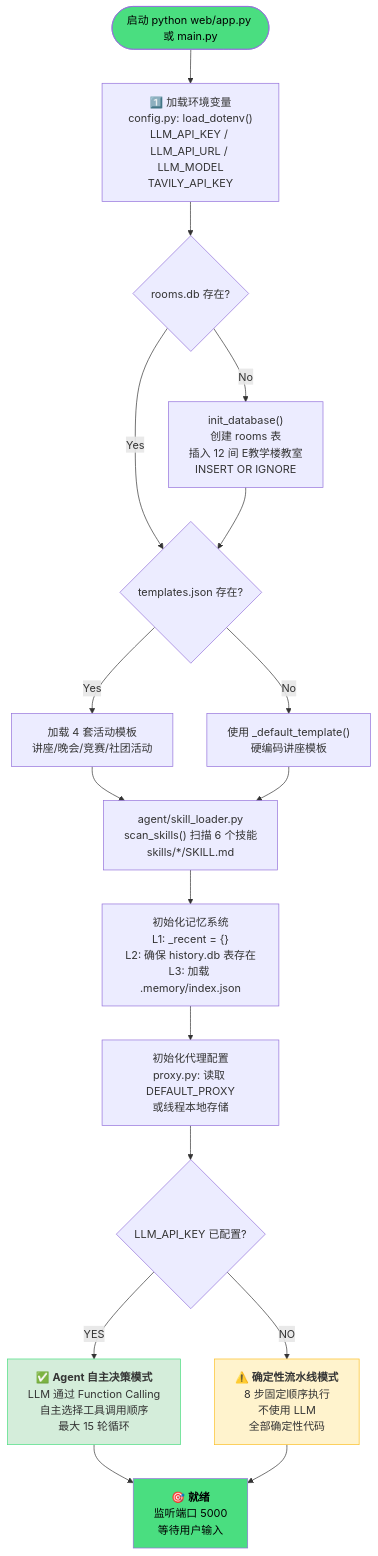
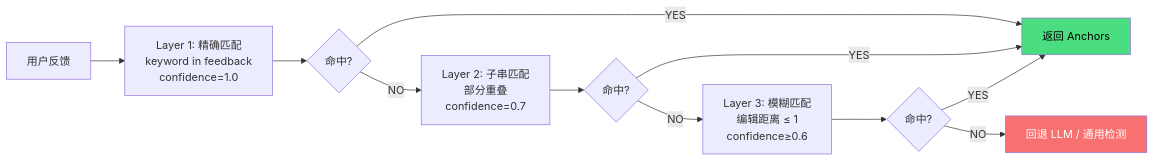
The third of 4 diagrams in Campus-Compass-完整工作流文档.md (shuda-li/Campus-Compass), drawn with Mermaid before and after one commit. The commit also changed other lines of this file, not shown here.

Commit message:
docs: 重构完整工作流文档, 反映当前项目状态 (Plan-Aware锚定/意图检测/Word导出/StarRail UI)

````diff
--- a/Campus-Compass-完整工作流文档.md
+++ b/Campus-Compass-完整工作流文档.md
@@ -1341,34 +366,16 @@
 ```mermaid
-flowchart TD
-    START([启动 python web/app.py 或 main.py])
+flowchart LR
+    FB[用户反馈] --> L1["Layer 1: 精确匹配<br/>keyword in feedback<br/>confidence=1.0"]
+    L1 --> L1_CHECK{命中?}
+    L1_CHECK -->|YES| DONE[返回 Anchors]
+    L1_CHECK -->|NO| L2["Layer 2: 子串匹配<br/>部分重叠<br/>confidence=0.7"]
+    L2 --> L2_CHECK{命中?}
+    L2_CHECK -->|YES| DONE
+    L2_CHECK -->|NO| L3["Layer 3: 模糊匹配<br/>编辑距离 ≤ 1<br/>confidence≥0.6"]
+    L3 --> L3_CHECK{命中?}
+    L3_CHECK -->|YES| DONE
+    L3_CHECK -->|NO| FALLBACK[回退 LLM / 通用检测]
 
-    START --> ENV["1️⃣ 加载环境变量<br/>config.py: load_dotenv()<br/>LLM_API_KEY / LLM_API_URL / LLM_MODEL<br/>TAVILY_API_KEY"]
-    ENV --> DB_CHECK{rooms.db 存在?}
-
-    DB_CHECK -->|No| INIT["init_database()<br/>创建 rooms 表<br/>插入 12 间 E教学楼教室<br/>INSERT OR IGNORE"]
-    DB_CHECK -->|Yes| TEMPLATE_CHECK
-
-    INIT --> TEMPLATE_CHECK{templates.json 存在?}
-    TEMPLATE_CHECK -->|Yes| LOAD_T["加载 4 套活动模板<br/>讲座/晚会/竞赛/社团活动"]
-    TEMPLATE_CHECK -->|No| FALLBACK_T["使用 _default_template()<br/>硬编码讲座模板"]
-
-    LOAD_T --> SKILL
-    FALLBACK_T --> SKILL["agent/skill_loader.py<br/>scan_skills() 扫描 6 个技能<br/>skills/*/SKILL.md"]
-
-    SKILL --> MEM_INIT["初始化记忆系统<br/>L1: _recent = {}<br/>L2: 确保 history.db 表存在<br/>L3: 加载 .memory/index.json"]
-
-    MEM_INIT --> PROXY_INIT["初始化代理配置<br/>proxy.py: 读取 DEFAULT_PROXY<br/>或线程本地存储"]
-
-    PROXY_INIT --> MODE_CHECK{LLM_API_KEY 已配置?}
-
-    MODE_CHECK -->|YES| AGENT_MODE["✅ <b>Agent 自主决策模式</b><br/>LLM 通过 Function Calling<br/>自主选择工具调用顺序<br/>最大 15 轮循环"]
-    MODE_CHECK -->|NO| FALLBACK_MODE["⚠️ <b>确定性流水线模式</b><br/>8 步固定顺序执行<br/>不使用 LLM<br/>全部确定性代码"]
-
-    AGENT_MODE --> READY
-    FALLBACK_MODE --> READY["🎯 <b>就绪</b><br/>监听端口 5000<br/>等待用户输入"]
-
-    style START fill:#4ade80,color:#000
-    style AGENT_MODE fill:#d4edda,stroke:#4ade80,color:#333
-    style FALLBACK_MODE fill:#fff3cd,stroke:#fbbf24,color:#333
-    style READY fill:#4ade80,color:#000
+    style DONE fill:#4ade80,color:#000
+    style FALLBACK fill:#f87171,color:#fff
 ```
````
